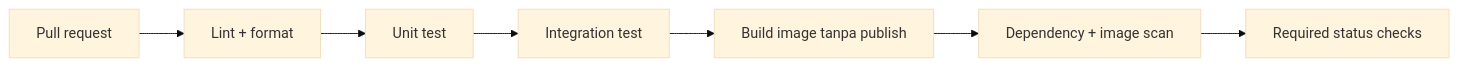
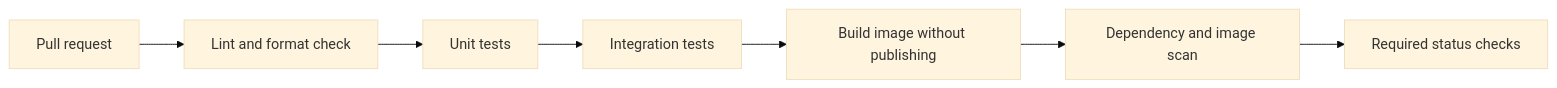
One commit to rombay-tbk/rombay changed the third of 5 diagrams in docs/pipeline-architecture.md. Above: the diagram before and after it, drawn with Mermaid (base theme). The commit also changed other lines of this file and 1 other file, not shown here.

Commit message:
docs: translate pipeline architecture to English

````diff
--- a/docs/pipeline-architecture.md
+++ b/docs/pipeline-architecture.md
@@ -167,9 +167,9 @@
 ```mermaid
-flowchart LR
-  PR["Pull request"] --> LINT["Lint + format"]
-  LINT --> UNIT["Unit test"]
-  UNIT --> INT["Integration test"]
-  INT --> BUILD["Build image tanpa publish"]
-  BUILD --> SCAN["Dependency + image scan"]
-  SCAN --> GATE["Required status checks"]
+graph LR
+  n1["Pull request"] --> n2["Lint and format check"]
+  n2 --> n3["Unit tests"]
+  n3 --> n4["Integration tests"]
+  n4 --> n5["Build image without publishing"]
+  n5 --> n6["Dependency and image scan"]
+  n6 --> n7["Required status checks"]
 ```
````
